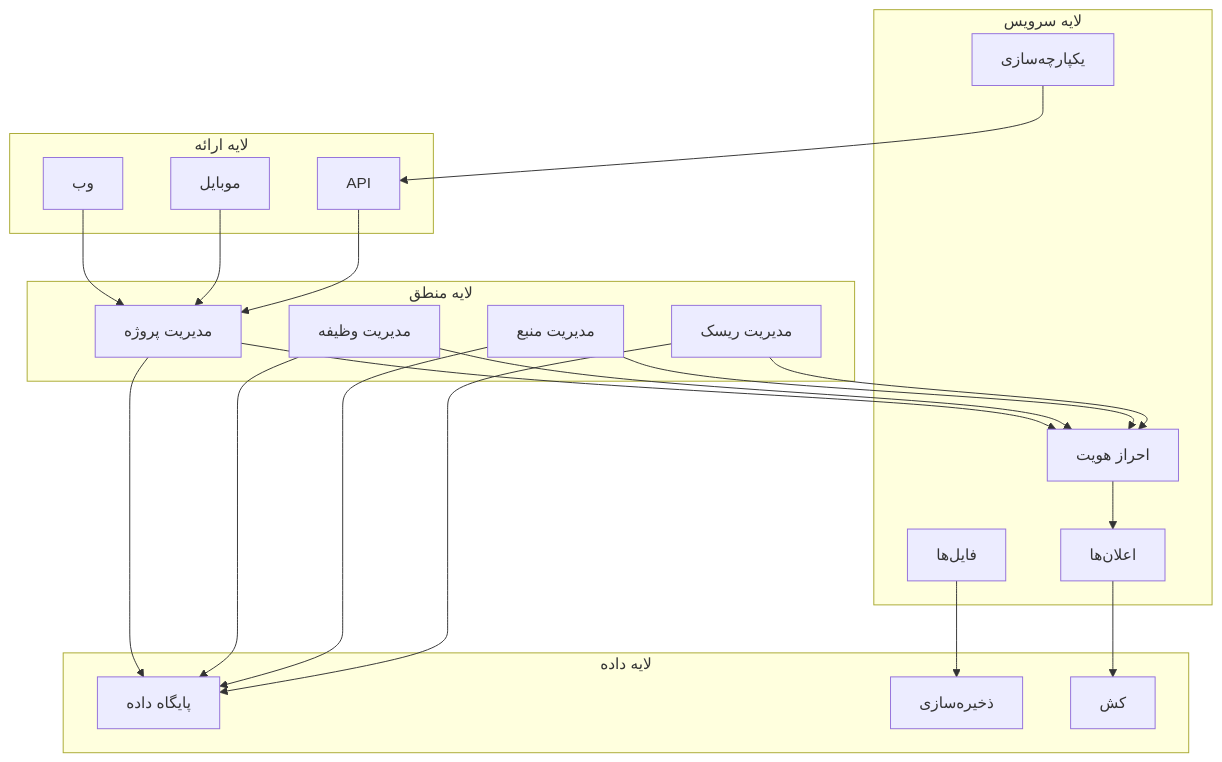
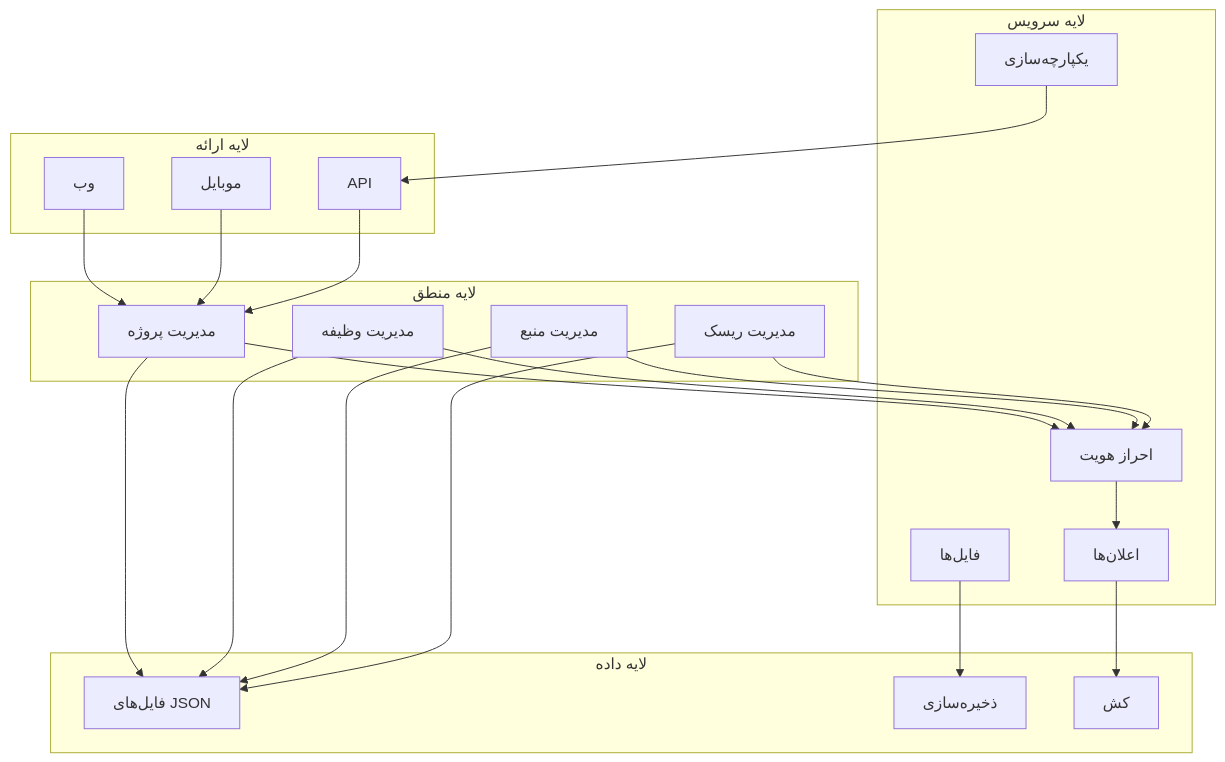
One commit to Shakour-Data/GravityManagement changed the fourth of 18 diagrams in Docs/Architecture_doc.md. Above: the diagram before and after it, drawn with Mermaid. The commit also changed other lines of this file and 2 other files, not shown here.

Commit message:
`Updated Architecture and Process documentation with new features and improvements`

````diff
--- a/Docs/Architecture_doc.md
+++ b/Docs/Architecture_doc.md
@@ -201,46 +265,46 @@
 ```mermaid
 graph TB
     subgraph "لایه ارائه"
         A[وب]
         B[موبایل]
         C[API]
     end
     
     subgraph "لایه منطق"
         D[مدیریت پروژه]
         E[مدیریت وظیفه]
         F[مدیریت منبع]
         G[مدیریت ریسک]
     end
     
     subgraph "لایه سرویس"
         H[احراز هویت]
         I[اعلان‌ها]
         J[فایل‌ها]
         K[یکپارچه‌سازی]
     end
     
     subgraph "لایه داده"
-        L[پایگاه داده]
+        L[فایل‌های JSON]
         M[ذخیره‌سازی]
         N[کش]
     end
     
     A --> D
     B --> D
     C --> D
     D --> H
     E --> H
     F --> H
     G --> H
     
     D --> L
     E --> L
     F --> L
     G --> L
     
     H --> I
     I --> N
     J --> M
     K --> C
 ```
````
